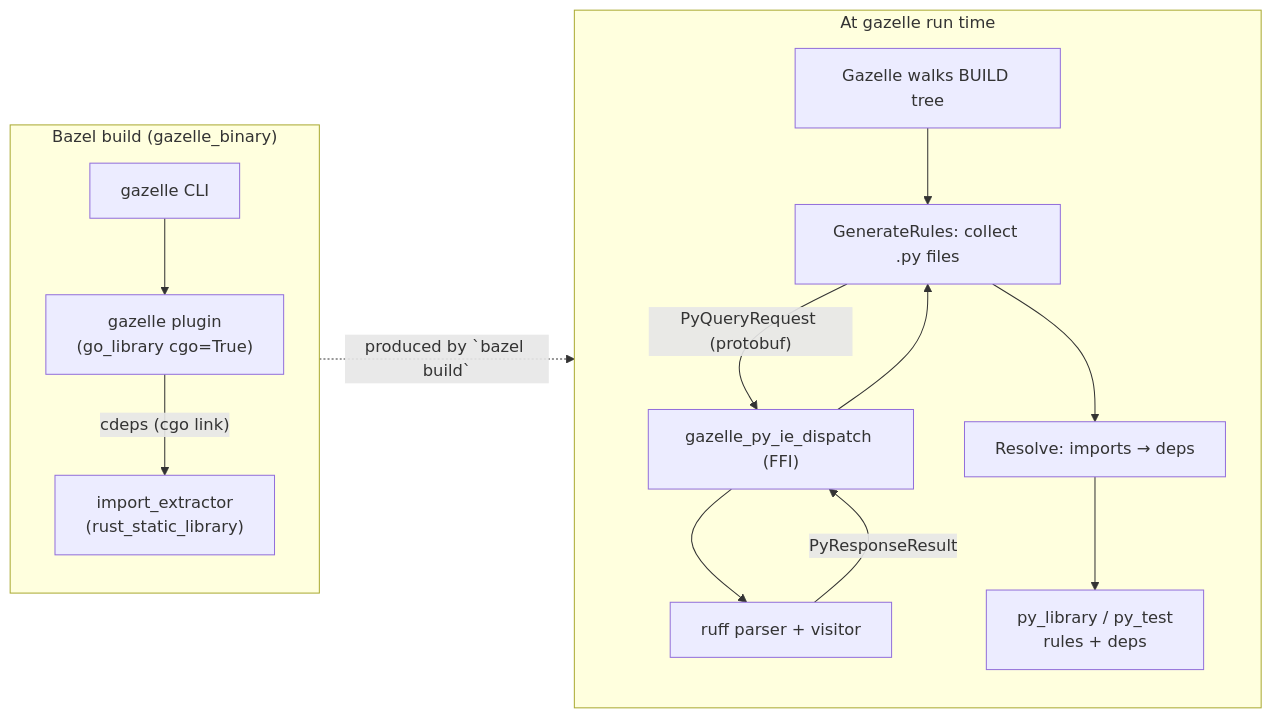
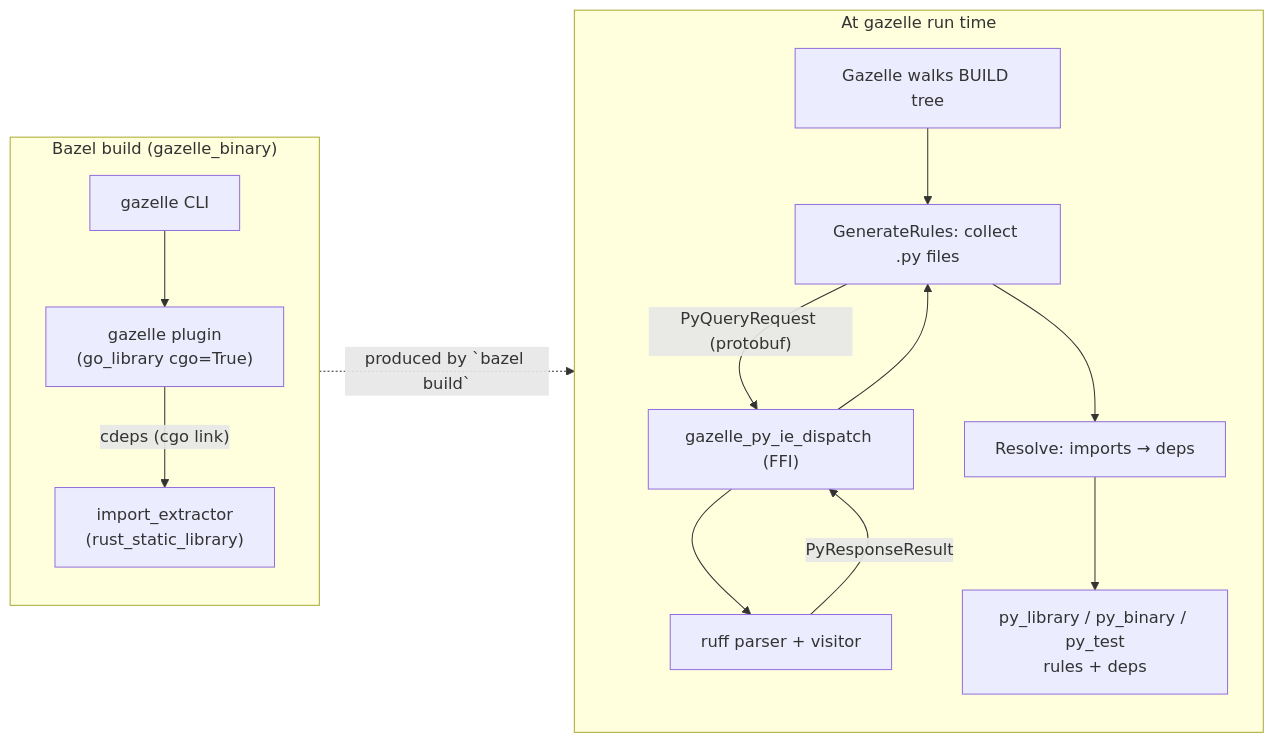
Before and after one commit to perplexityai/gazelle_py: the first of 3 diagrams in README.md, drawn with Mermaid. The commit also changed other lines of this file and 23 other files, not shown here.

````diff
--- a/README.md
+++ b/README.md
@@ -22,30 +22,30 @@
 ```mermaid
 flowchart LR
     subgraph Bazel["Bazel build (gazelle_binary)"]
         direction TB
         gz["gazelle CLI"]
         gobin["gazelle plugin\n(go_library cgo=True)"]
         rsstatic["import_extractor\n(rust_static_library)"]
         gz --> gobin
         gobin -- "cdeps (cgo link)" --> rsstatic
     end
 
     subgraph Run["At gazelle run time"]
         direction TB
         walk["Gazelle walks BUILD tree"]
         gen["GenerateRules: collect .py files"]
         ffi["gazelle_py_ie_dispatch (FFI)"]
         ruff["ruff parser + visitor"]
         resolve["Resolve: imports → deps"]
 
         walk --> gen
         gen -- "PyQueryRequest (protobuf)" --> ffi
         ffi --> ruff
         ruff -- "PyResponseResult" --> ffi
         ffi --> gen
         gen --> resolve
-        resolve --> output["py_library / py_test\nrules + deps"]
+        resolve --> output["py_library / py_binary / py_test\nrules + deps"]
     end
 
     Bazel -. "produced by `bazel build`" .-> Run
 ```
````
